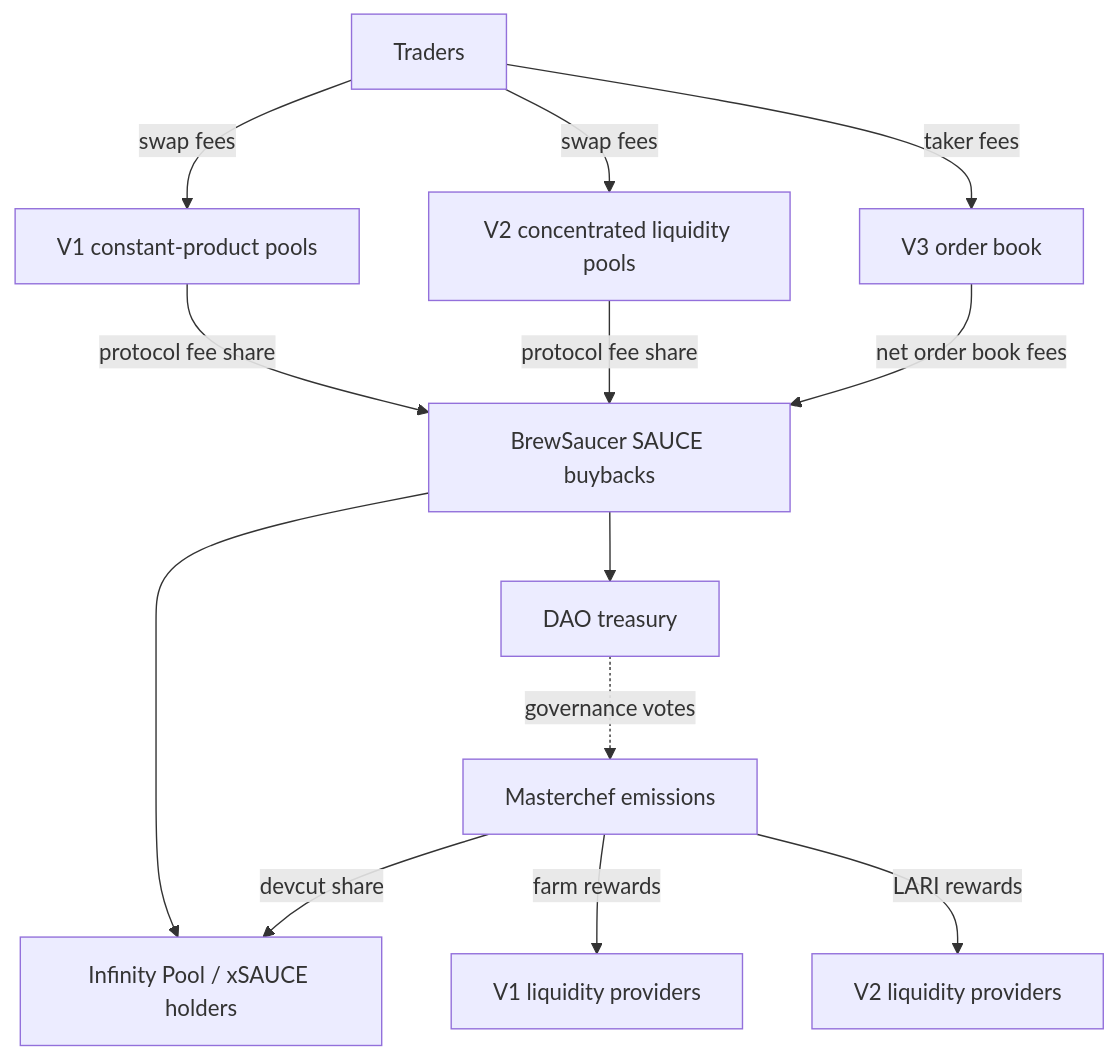
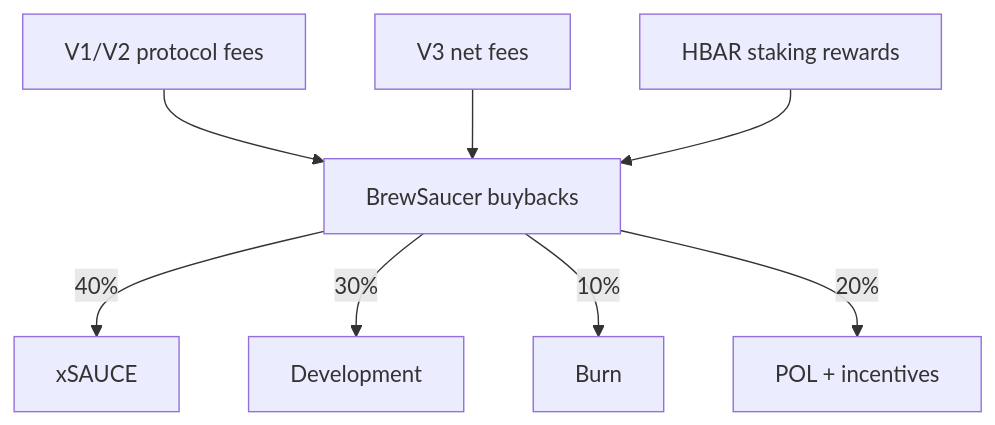
The first of 2 diagrams in protocol/overview.mdx (saucerswaplabs/docs), drawn with Mermaid before and after one commit. The commit also changed other lines of this file and 22 other files, not shown here.

````diff
--- a/protocol/overview.mdx
+++ b/protocol/overview.mdx
@@ -8,15 +8,10 @@
 ```mermaid
 flowchart TD
-  T[Traders] -->|swap fees| V1[V1 constant-product pools]
-  T -->|swap fees| V2[V2 concentrated liquidity pools]
-  T -->|taker fees| V3[V3 order book]
-  V1 -->|protocol fee share| B[BrewSaucer SAUCE buybacks]
-  V2 -->|protocol fee share| B
-  V3 -->|net order book fees| B
-  B --> IP[Infinity Pool / xSAUCE holders]
-  B --> DAO[DAO treasury]
-  MC[Masterchef emissions] -->|farm rewards| V1LP[V1 liquidity providers]
-  MC -->|LARI rewards| V2LP[V2 liquidity providers]
-  MC -->|devcut share| IP
-  DAO -. governance votes .-> MC
+  AMM[V1/V2 protocol fees] --> B[BrewSaucer buybacks]
+  V3[V3 net fees] --> B
+  H[HBAR staking rewards] --> B
+  B -->|40%| IP[xSAUCE]
+  B -->|30%| DEV[Development]
+  B -->|10%| BURN[Burn]
+  B -->|20%| POL[POL + incentives]
 ```
````
